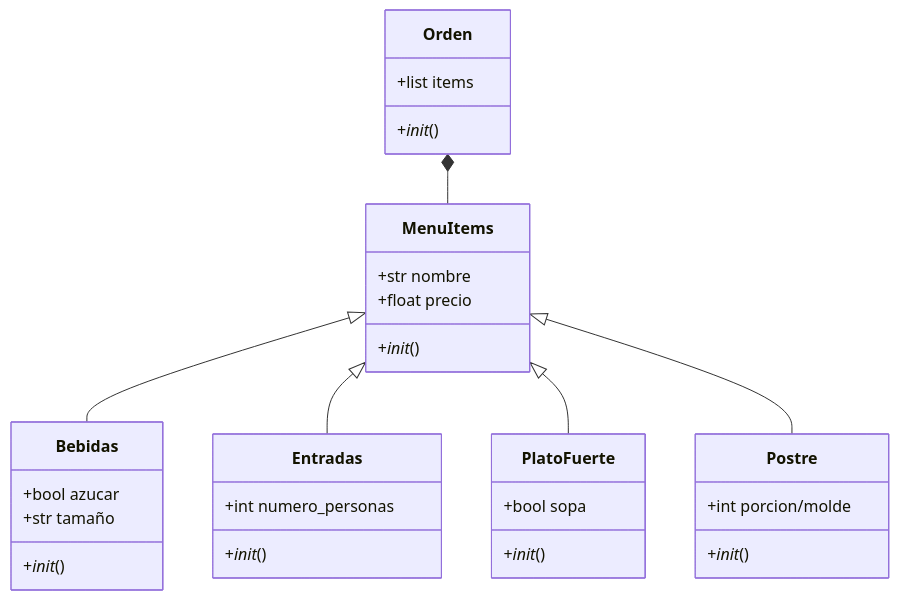
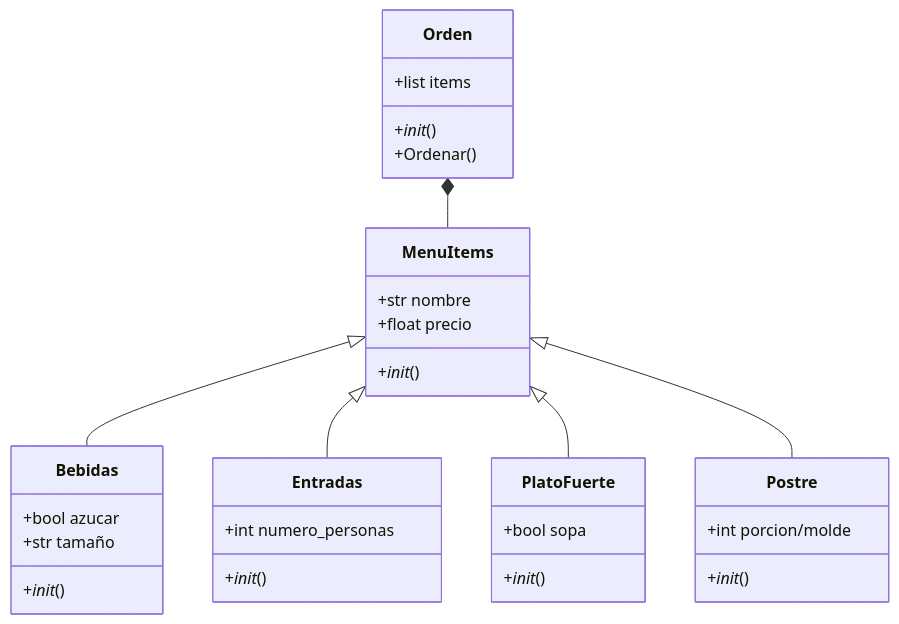
One commit to Taizooavila/Reto_3 changed the diagram in Diagrama de clases.md. Above: the diagram before and after it, drawn with Mermaid.

Commit message:
Update Diagrama de clases.md

````diff
--- a/Diagrama de clases.md
+++ b/Diagrama de clases.md
@@ -3,35 +3,36 @@
 ```mermaid
 classDiagram
 direction TB
   class Orden {
       +list items
       +_init_()
+      +Ordenar()
   }
   class MenuItems{
     +str nombre
       +float precio
       +_init_()
   }
   class Bebidas {
     +bool azucar
       +str tamaño
       +_init_()
   }
   class Entradas {
     +int numero_personas
       +_init_()
   }
   class PlatoFuerte{
       +bool sopa
       +_init_()
   }
   class Postre{
       +int porcion/molde
       +_init_()
   }
   Orden *-- MenuItems
   MenuItems <|-- Bebidas
   MenuItems <|-- Entradas
   MenuItems <|-- PlatoFuerte
   MenuItems <|-- Postre
 ```
````
